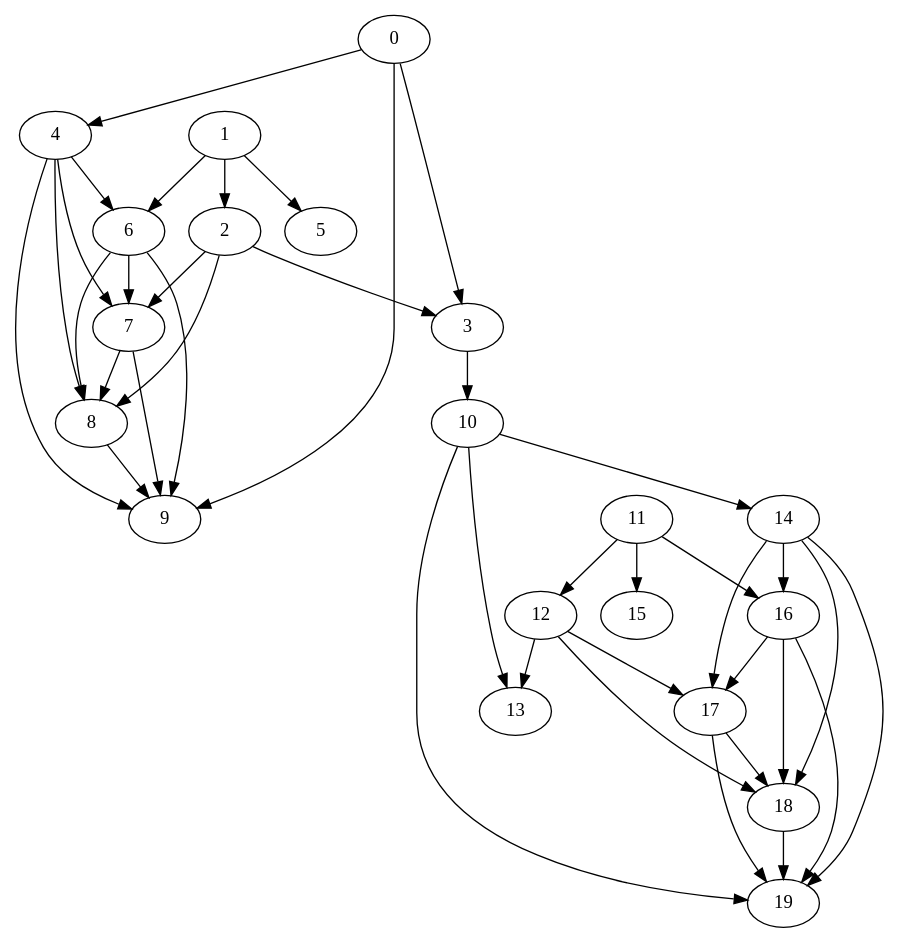
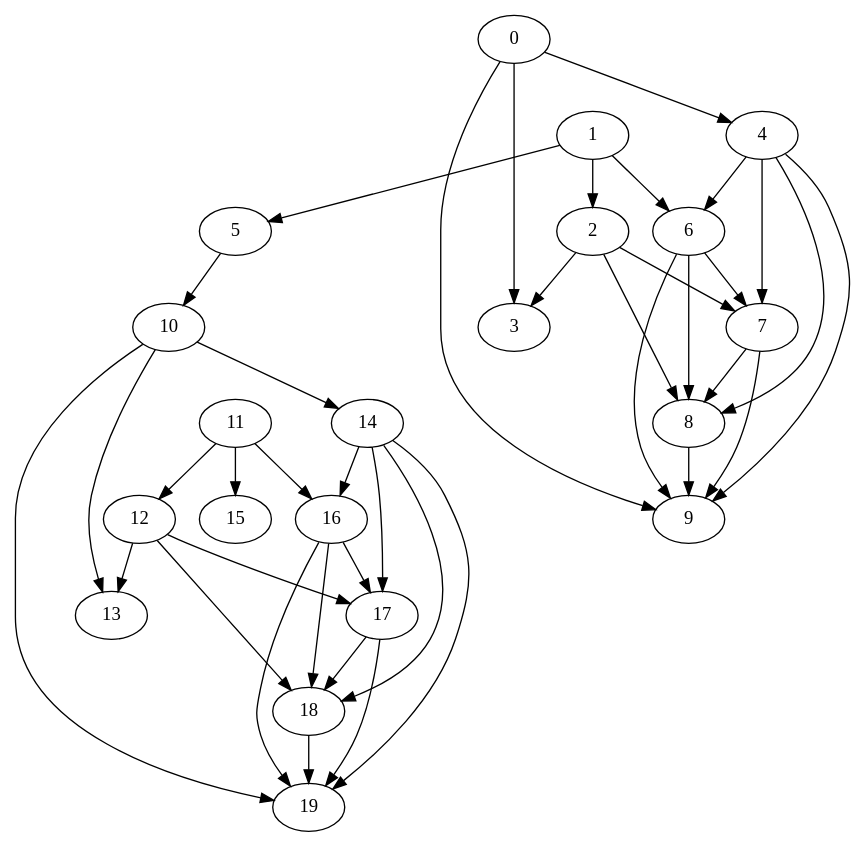
The diagram in dot/Nodes_20_Random-output.dot (PJhaveri02/Task-Scheduler), drawn with Graphviz before and after one commit. The commit also changed 2 other files, not shown here.

```diff
--- a/dot/Nodes_20_Random-output.dot
+++ b/dot/Nodes_20_Random-output.dot
@@ -1,61 +1,61 @@
 digraph "outputGraph" {
-		5	[Weight=7, Start=24, Processor=2]
+		15	[Weight=7, Start=48, Processor=1]
+		11 -> 15   [Weight = 19];
+		13	[Weight=10, Start=71, Processor=2]
+		12 -> 13   [Weight = 10];
+		10 -> 13   [Weight = 34];
+		3	[Weight=10, Start=66, Processor=3]
+		0 -> 3   [Weight = 34];
+		2 -> 3   [Weight = 10];
+		1	[Weight=5, Start=0, Processor=4]
+		5	[Weight=7, Start=5, Processor=4]
 		1 -> 5   [Weight = 19];
-		15	[Weight=7, Start=56, Processor=2]
-		11 -> 15   [Weight = 19];
-		4	[Weight=3, Start=35, Processor=3]
+		0	[Weight=6, Start=12, Processor=4]
+		10	[Weight=6, Start=18, Processor=4]
+		5 -> 10   [Weight = 34];
+		11	[Weight=5, Start=24, Processor=4]
+		4	[Weight=3, Start=29, Processor=4]
 		0 -> 4   [Weight = 24];
-		6	[Weight=8, Start=44, Processor=3]
+		14	[Weight=3, Start=32, Processor=4]
+		10 -> 14   [Weight = 24];
+		6	[Weight=8, Start=35, Processor=4]
 		4 -> 6   [Weight = 10];
 		1 -> 6   [Weight = 39];
-		7	[Weight=3, Start=64, Processor=3]
+		16	[Weight=8, Start=43, Processor=4]
+		11 -> 16   [Weight = 39];
+		14 -> 16   [Weight = 10];
+		2	[Weight=5, Start=51, Processor=4]
+		1 -> 2   [Weight = 48];
+		12	[Weight=5, Start=56, Processor=4]
+		11 -> 12   [Weight = 48];
+		7	[Weight=3, Start=61, Processor=4]
 		6 -> 7   [Weight = 15];
 		2 -> 7   [Weight = 48];
 		4 -> 7   [Weight = 48];
-		8	[Weight=8, Start=67, Processor=3]
+		17	[Weight=3, Start=64, Processor=4]
+		16 -> 17   [Weight = 15];
+		12 -> 17   [Weight = 48];
+		14 -> 17   [Weight = 48];
+		8	[Weight=8, Start=67, Processor=4]
 		6 -> 8   [Weight = 39];
 		2 -> 8   [Weight = 48];
 		7 -> 8   [Weight = 15];
 		4 -> 8   [Weight = 48];
-		9	[Weight=8, Start=75, Processor=3]
+		18	[Weight=8, Start=75, Processor=4]
+		16 -> 18   [Weight = 39];
+		12 -> 18   [Weight = 48];
+		17 -> 18   [Weight = 15];
+		14 -> 18   [Weight = 48];
+		9	[Weight=8, Start=83, Processor=4]
 		6 -> 9   [Weight = 29];
 		0 -> 9   [Weight = 44];
 		7 -> 9   [Weight = 34];
 		8 -> 9   [Weight = 39];
 		4 -> 9   [Weight = 39];
-		1	[Weight=5, Start=0, Processor=4]
-		0	[Weight=6, Start=5, Processor=4]
-		2	[Weight=5, Start=11, Processor=4]
-		1 -> 2   [Weight = 48];
-		3	[Weight=10, Start=16, Processor=4]
-		0 -> 3   [Weight = 34];
-		2 -> 3   [Weight = 10];
-		10	[Weight=6, Start=26, Processor=4]
-		3 -> 10   [Weight = 10];
-		11	[Weight=5, Start=32, Processor=4]
-		14	[Weight=3, Start=37, Processor=4]
-		10 -> 14   [Weight = 24];
-		16	[Weight=8, Start=40, Processor=4]
-		11 -> 16   [Weight = 39];
-		14 -> 16   [Weight = 10];
-		12	[Weight=5, Start=48, Processor=4]
-		11 -> 12   [Weight = 48];
-		17	[Weight=3, Start=53, Processor=4]
-		16 -> 17   [Weight = 15];
-		12 -> 17   [Weight = 48];
-		14 -> 17   [Weight = 48];
-		18	[Weight=8, Start=56, Processor=4]
-		16 -> 18   [Weight = 39];
-		12 -> 18   [Weight = 48];
-		17 -> 18   [Weight = 15];
-		14 -> 18   [Weight = 48];
-		13	[Weight=10, Start=64, Processor=4]
-		12 -> 13   [Weight = 10];
-		10 -> 13   [Weight = 34];
-		19	[Weight=8, Start=74, Processor=4]
+		19	[Weight=8, Start=91, Processor=4]
 		16 -> 19   [Weight = 29];
 		18 -> 19   [Weight = 39];
 		17 -> 19   [Weight = 34];
 		10 -> 19   [Weight = 44];
 		14 -> 19   [Weight = 39];
 }
```
